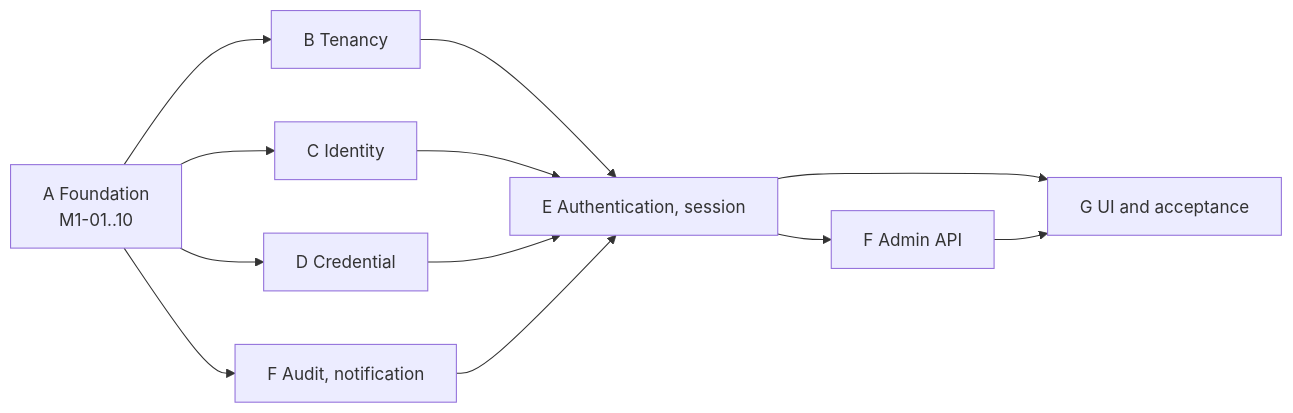
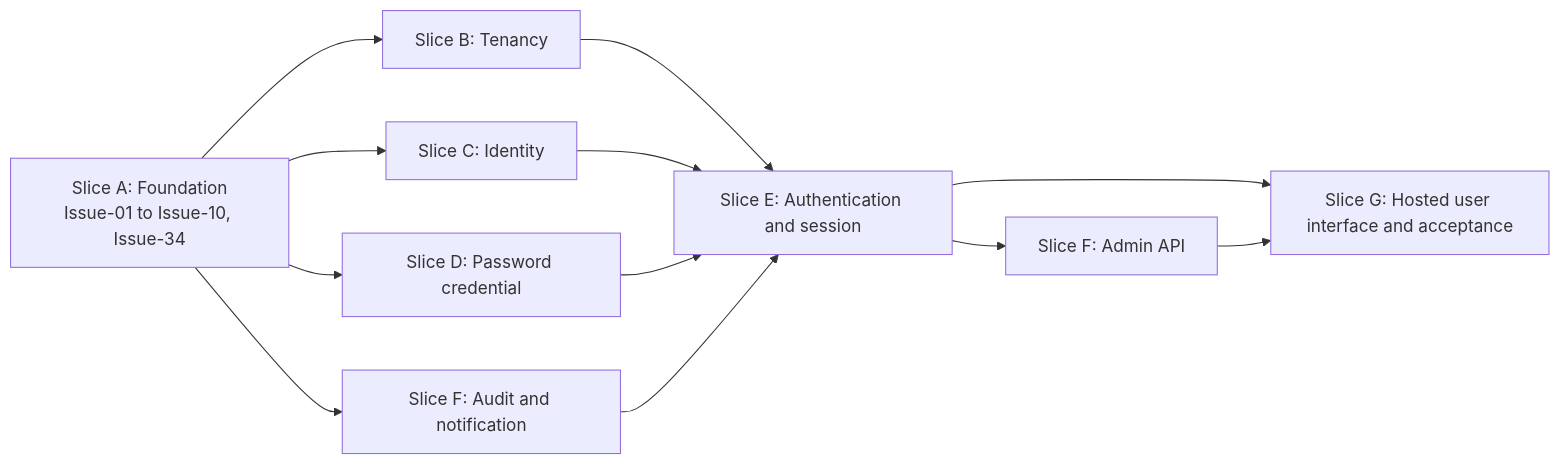
The diagram in docs/product/epics.md (ortisun/hodor), drawn with Mermaid before and after one commit. The commit also changed other lines of this file and 48 other files, not shown here.

````diff
--- a/docs/product/epics.md
+++ b/docs/product/epics.md
@@ -126,14 +126,14 @@
 ```mermaid
 flowchart LR
-    A["A Foundation<br/>M1-01..10"] --> B["B Tenancy"]
-    A --> C["C Identity"]
-    A --> D["D Credential"]
-    A --> F1["F Audit, notification"]
-    B --> E["E Authentication, session"]
-    C --> E
-    D --> E
-    F1 --> E
-    E --> F2["F Admin API"]
-    E --> G["G UI and acceptance"]
-    F2 --> G
+    Foundation["Slice A: Foundation<br/>Issue-01 to Issue-10, Issue-34"] --> Tenancy["Slice B: Tenancy"]
+    Foundation --> Identity["Slice C: Identity"]
+    Foundation --> Credential["Slice D: Password credential"]
+    Foundation --> AuditNotification["Slice F: Audit and notification"]
+    Tenancy --> Authentication["Slice E: Authentication and session"]
+    Identity --> Authentication
+    Credential --> Authentication
+    AuditNotification --> Authentication
+    Authentication --> AdminApi["Slice F: Admin API"]
+    Authentication --> HostedInterface["Slice G: Hosted user interface and acceptance"]
+    AdminApi --> HostedInterface
 ```
````
